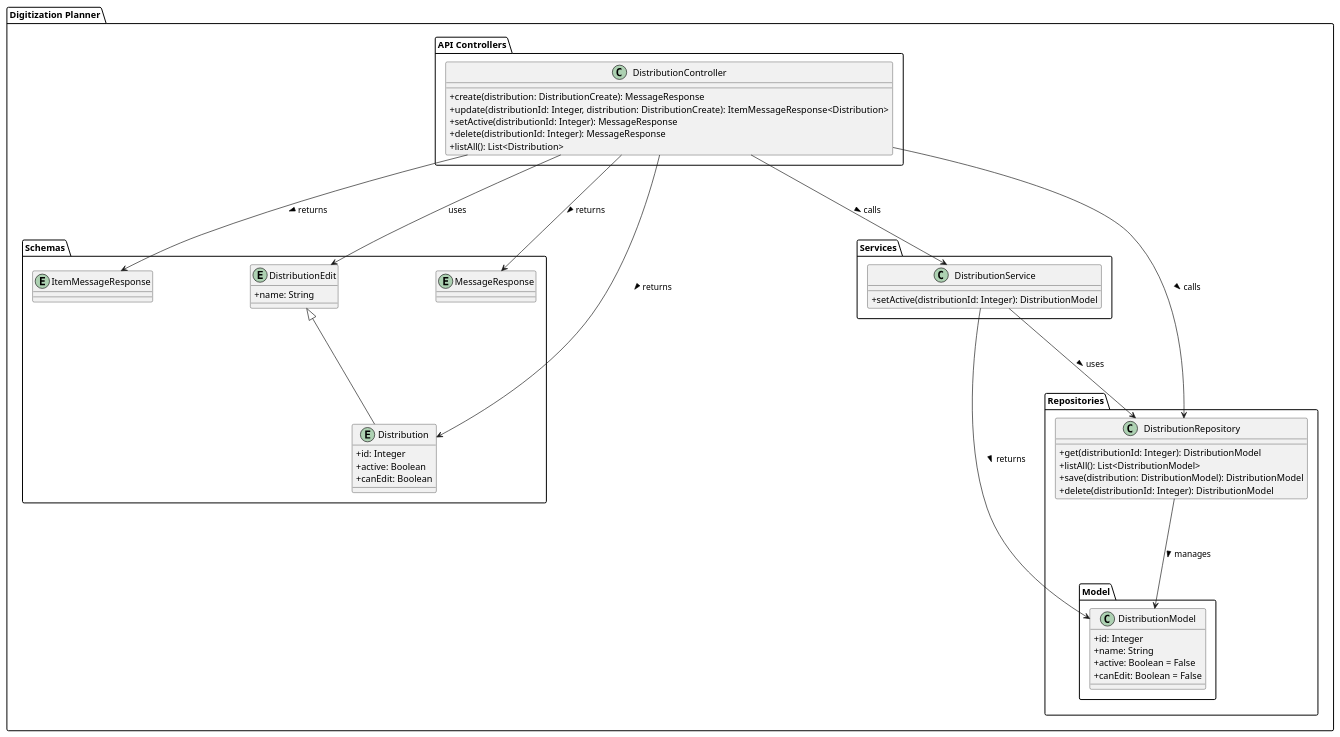
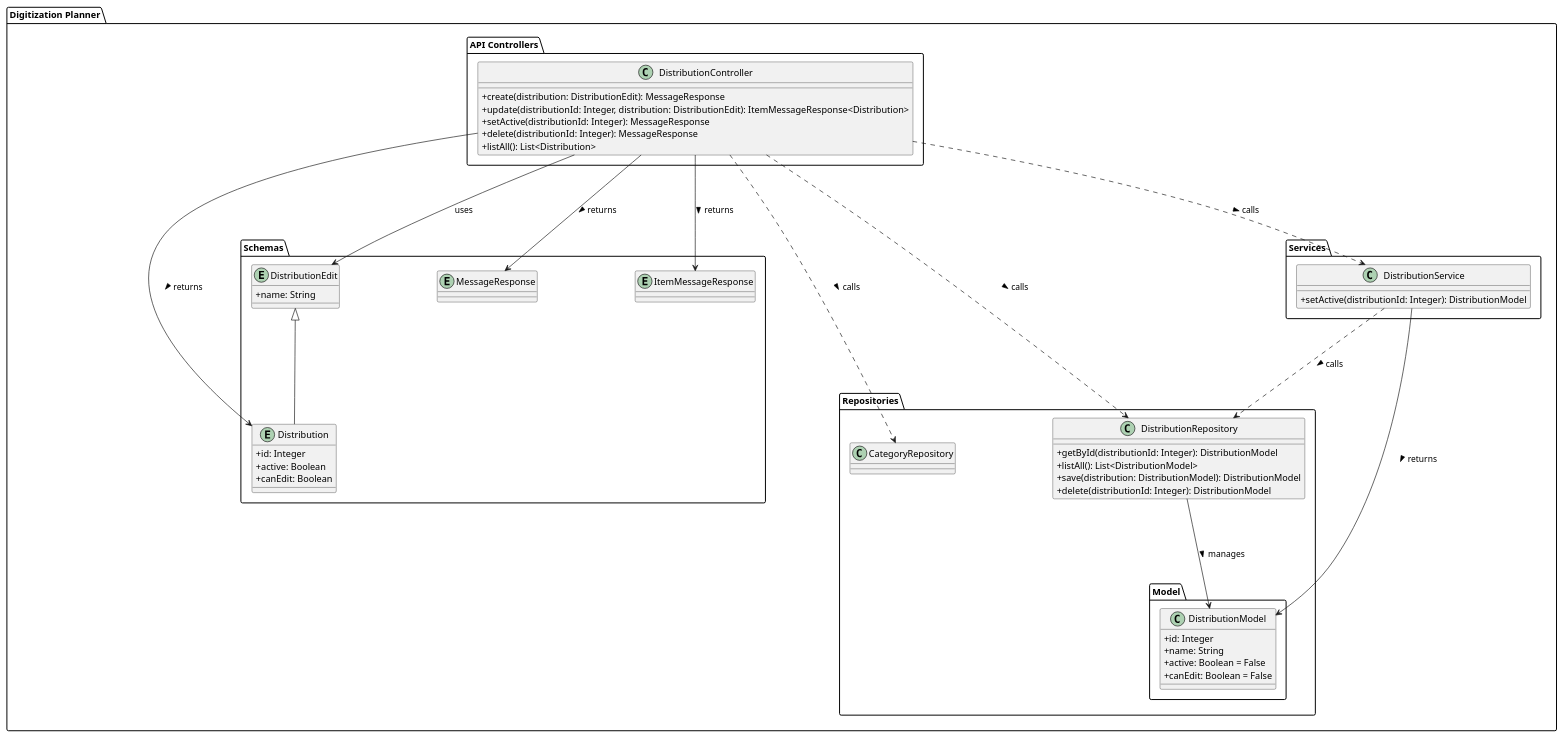
Before and after one commit to moravianlibrary/vera: the diagram in docs/development/diagrams/class/digitization-planner/controllers/distribution.puml, drawn with PlantUML. The commit also changed 23 other files, not shown here.

Commit message:
chore(docs): class diagram - catalog adapter, catalog record - property list, category

```diff
--- a/docs/development/diagrams/class/digitization-planner/controllers/distribution.puml
+++ b/docs/development/diagrams/class/digitization-planner/controllers/distribution.puml
@@ -1,80 +1,83 @@
 @startuml VERA - Class Diagram - Distribution Controller
 
 skinparam classAttributeIconSize 0
 skinparam ranksep 150
 skinparam nodesep 150
 top to bottom direction
 
 package "Digitization Planner" {
 
   package "Schemas" {
 
     entity DistributionEdit {
       +name: String
     }
 
     entity Distribution extends DistributionEdit {
       +id: Integer
       +active: Boolean
       +canEdit: Boolean
     }
 
     entity MessageResponse
     entity ItemMessageResponse
   }
 
   package "Repositories" {
 
     package "Model" {
 
       class DistributionModel {
         +id: Integer
         +name: String
         +active: Boolean = False
         +canEdit: Boolean = False
       }
     }
 
     class DistributionRepository {
-      +get(distributionId: Integer): DistributionModel
+      +getById(distributionId: Integer): DistributionModel
       +listAll(): List<DistributionModel>
       +save(distribution: DistributionModel): DistributionModel
       +delete(distributionId: Integer): DistributionModel
     }
 
     DistributionRepository --> DistributionModel : manages >
+
+    class CategoryRepository
   }
 
   package "Services" {
 
     class DistributionService {
       +setActive(distributionId: Integer): DistributionModel
     }
 
     DistributionService --> DistributionModel : returns >
 
-    DistributionService --> DistributionRepository : uses >
+    DistributionService ..> DistributionRepository : calls >
   }
 
   package "API Controllers" {
 
     class DistributionController {
-      +create(distribution: DistributionCreate): MessageResponse
-      +update(distributionId: Integer, distribution: DistributionCreate): ItemMessageResponse<Distribution>
+      +create(distribution: DistributionEdit): MessageResponse
+      +update(distributionId: Integer, distribution: DistributionEdit): ItemMessageResponse<Distribution>
       +setActive(distributionId: Integer): MessageResponse
       +delete(distributionId: Integer): MessageResponse
       +listAll(): List<Distribution>
     }
 
     DistributionController --> DistributionEdit : uses
 
     DistributionController --> Distribution : returns >
     DistributionController --> MessageResponse : returns >
     DistributionController --> ItemMessageResponse : returns >
 
-    DistributionController --> DistributionService : calls >
-    DistributionController --> DistributionRepository : calls >
+    DistributionController ..> DistributionService : calls >
+    DistributionController ..> DistributionRepository : calls >
+    DistributionController ..> CategoryRepository : calls >
   }
 }
 
 @enduml
```
